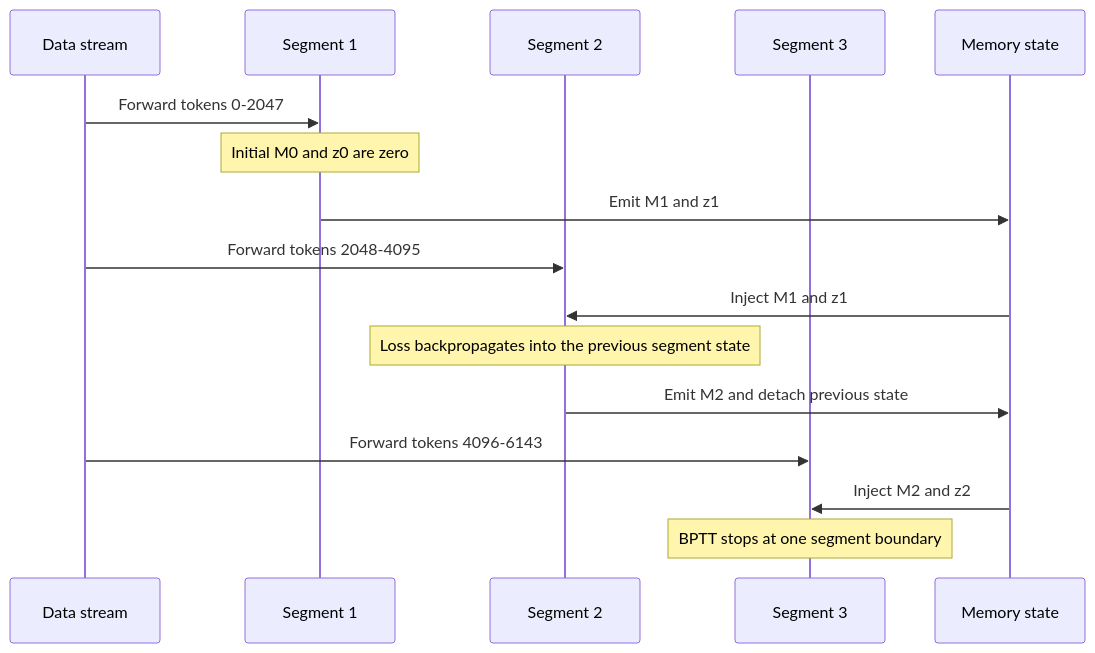
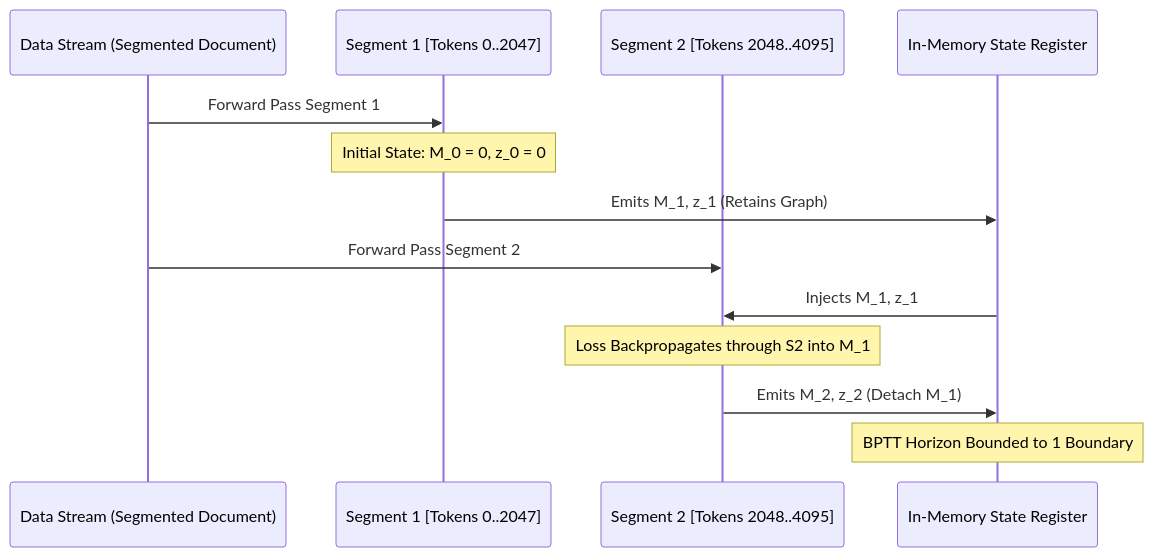
The third of 3 diagrams in README.md (Vtheonly/infiniChatbot), drawn with Mermaid before and after one commit. The commit also changed other lines of this file, not shown here.

````diff
--- a/README.md
+++ b/README.md
@@ -563,19 +563,18 @@
 ```mermaid
 sequenceDiagram
-    participant D as Data stream
-    participant S1 as Segment 1
-    participant S2 as Segment 2
-    participant S3 as Segment 3
-    participant M as Memory state
+    participant D as Data Stream (Segmented Document)
+    participant S1 as Segment 1 [Tokens 0..2047]
+    participant S2 as Segment 2 [Tokens 2048..4095]
+    participant M as In-Memory State Register
 
-    D->>S1: Forward tokens 0-2047
-    Note over S1: Initial M0 and z0 are zero
-    S1->>M: Emit M1 and z1
-    D->>S2: Forward tokens 2048-4095
-    M->>S2: Inject M1 and z1
-    Note over S2: Loss backpropagates into the previous segment state
-    S2->>M: Emit M2 and detach previous state
-    D->>S3: Forward tokens 4096-6143
-    M->>S3: Inject M2 and z2
-    Note over S3: BPTT stops at one segment boundary
+    D->>S1: Forward Pass Segment 1
+    Note over S1: Initial State: M_0 = 0, z_0 = 0
+    S1->>M: Emits M_1, z_1 (Retains Graph)
+    
+    D->>S2: Forward Pass Segment 2
+    M->>S2: Injects M_1, z_1
+    Note over S2: Loss Backpropagates through S2 into M_1
+    S2->>M: Emits M_2, z_2 (Detach M_1)
+    
+    Note over M: BPTT Horizon Bounded to 1 Boundary
 ```
````
